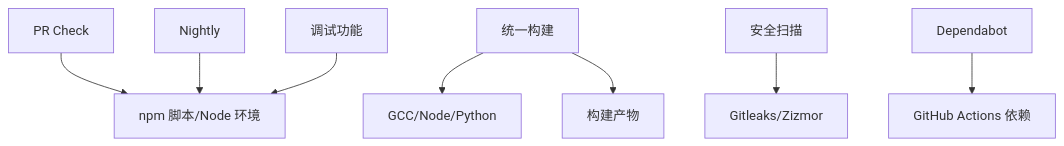
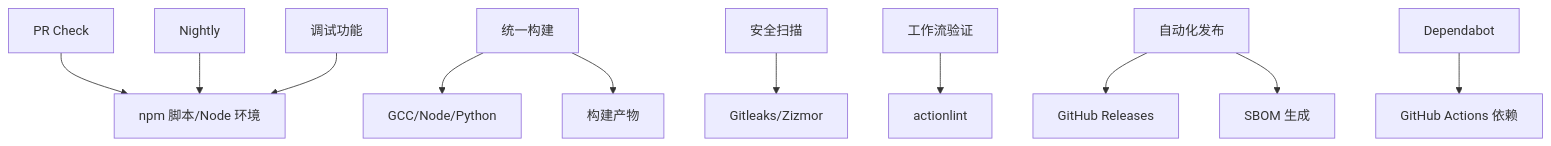
One commit to sofate798/KodrixCode changed diagram 13 of 13 in .qoder/repowiki/zh/content/构建与部署/持续集成.md. Above: the diagram before and after it, drawn with Mermaid. The commit also changed other lines of this file and 3 other files, not shown here.

````diff
--- a/.qoder/repowiki/zh/content/构建与部署/持续集成.md
+++ b/.qoder/repowiki/zh/content/构建与部署/持续集成.md
@@ -313,10 +416,13 @@
 ```mermaid
 graph TB
 PRW["PR Check"] --> NPM["npm 脚本/Node 环境"]
 NIGHTLY["Nightly"] --> NPM
 BUILD["统一构建"] --> TOOLCHAIN["GCC/Node/Python"]
 BUILD --> ARTIFACTS["构建产物"]
 SECURITY["安全扫描"] --> TOOLS["Gitleaks/Zizmor"]
+VALIDATE["工作流验证"] --> ACTIONLINT["actionlint"]
+RELEASE["自动化发布"] --> GITHUB["GitHub Releases"]
+RELEASE --> SBOM["SBOM 生成"]
 DEPENDABOT["Dependabot"] --> ACTIONS["GitHub Actions 依赖"]
 DEBUG["调试功能"] --> NPM
 ```
````
